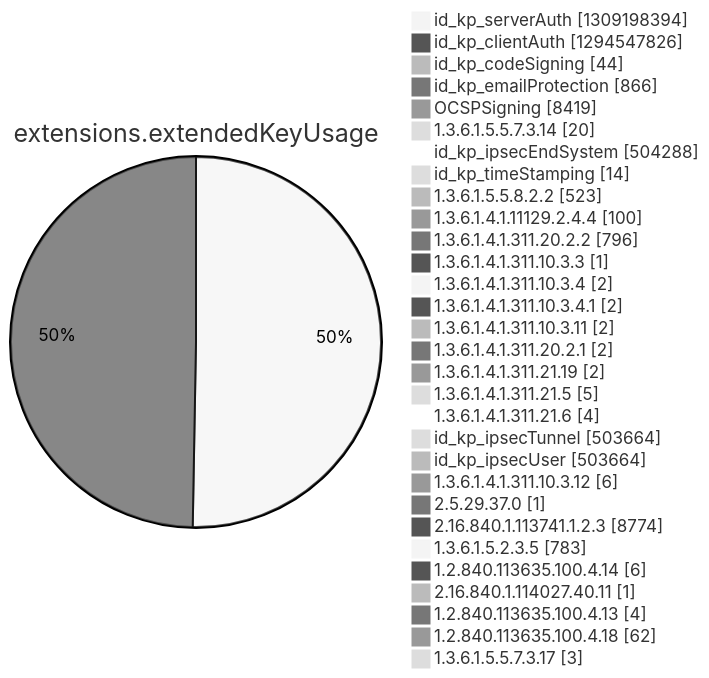
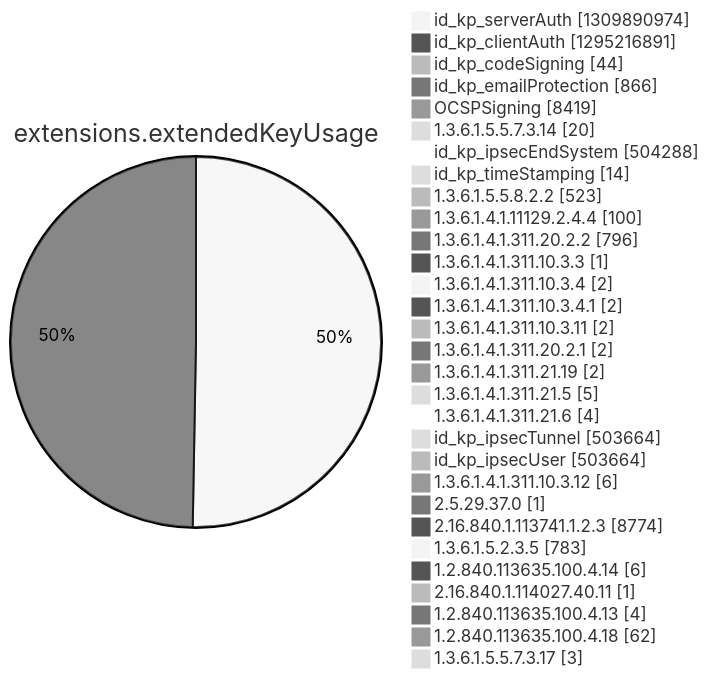
One commit to christiankrug/ctmonitor_visualization changed diagram 12 of 15 in argon2022/README.md. Above: the diagram before and after it, drawn with Mermaid (neutral theme). The commit also changed other lines of this file, not shown here.

````diff
--- a/argon2022/README.md
+++ b/argon2022/README.md
@@ -3552,34 +3552,34 @@
 ```mermaid
 pie showData
 title extensions.extendedKeyUsage
-"id_kp_serverAuth" :1309198394
-"id_kp_clientAuth" :1294547826
+"id_kp_serverAuth" :1309890974
+"id_kp_clientAuth" :1295216891
 "id_kp_codeSigning" :44
 "id_kp_emailProtection" :866
 "OCSPSigning" :8419
 "1.3.6.1.5.5.7.3.14" :20
 "id_kp_ipsecEndSystem" :504288
 "id_kp_timeStamping" :14
 "1.3.6.1.5.5.8.2.2" :523
 "1.3.6.1.4.1.11129.2.4.4" :100
 "1.3.6.1.4.1.311.20.2.2" :796
 "1.3.6.1.4.1.311.10.3.3" :1
 "1.3.6.1.4.1.311.10.3.4" :2
 "1.3.6.1.4.1.311.10.3.4.1" :2
 "1.3.6.1.4.1.311.10.3.11" :2
 "1.3.6.1.4.1.311.20.2.1" :2
 "1.3.6.1.4.1.311.21.19" :2
 "1.3.6.1.4.1.311.21.5" :5
 "1.3.6.1.4.1.311.21.6" :4
 "id_kp_ipsecTunnel" :503664
 "id_kp_ipsecUser" :503664
 "1.3.6.1.4.1.311.10.3.12" :6
 "2.5.29.37.0" :1
 "2.16.840.1.113741.1.2.3" :8774
 "1.3.6.1.5.2.3.5" :783
 "1.2.840.113635.100.4.14" :6
 "2.16.840.1.114027.40.11" :1
 "1.2.840.113635.100.4.13" :4
 "1.2.840.113635.100.4.18" :62
 "1.3.6.1.5.5.7.3.17" :3
 ```
````
